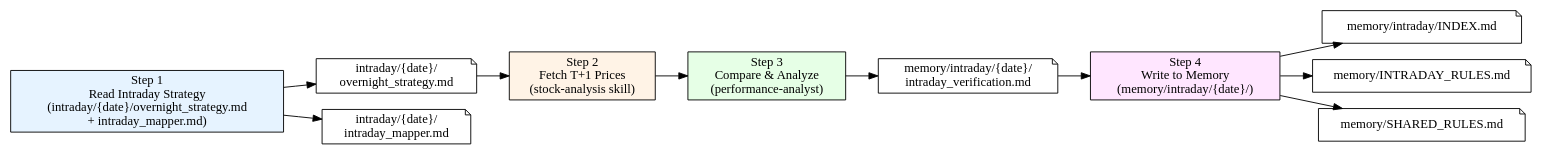
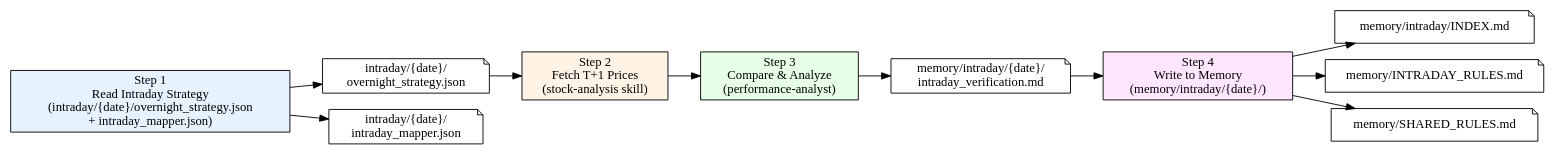
The diagram in .opencode/skills/intraday-trading-review/SKILL.md (mysll/ashare-pilot), drawn with Graphviz before and after one commit. The commit also changed other lines of this file and 12 other files, not shown here.

````diff
--- a/.opencode/skills/intraday-trading-review/SKILL.md
+++ b/.opencode/skills/intraday-trading-review/SKILL.md
@@ -12,28 +12,28 @@
 ```dot
 digraph workflow {
     rankdir=LR;
     node [shape=box];
 
-    "Step 1: Read Strategy" [label="Step 1\nRead Intraday Strategy\n(intraday/{date}/overnight_strategy.md\n+ intraday_mapper.md)", style=filled, fillcolor="#e6f3ff"];
+    "Step 1: Read Strategy" [label="Step 1\nRead Intraday Strategy\n(intraday/{date}/overnight_strategy.json\n+ intraday_mapper.json)", style=filled, fillcolor="#e6f3ff"];
     "Step 2: Fetch Actuals" [label="Step 2\nFetch T+1 Prices\n(stock-analysis skill)", style=filled, fillcolor="#fff3e6"];
     "Step 3: Compare & Analyze" [label="Step 3\nCompare & Analyze\n(performance-analyst)", style=filled, fillcolor="#e6ffe6"];
     "Step 4: Write Memory" [label="Step 4\nWrite to Memory\n(memory/intraday/{date}/)", style=filled, fillcolor="#ffe6ff"];
 
-    "intraday/{date}/\novernight_strategy.md" [shape=note];
-    "intraday/{date}/\nintraday_mapper.md" [shape=note];
+    "intraday/{date}/\novernight_strategy.json" [shape=note];
+    "intraday/{date}/\nintraday_mapper.json" [shape=note];
     "memory/intraday/{date}/\nintraday_verification.md" [shape=note];
     "memory/intraday/INDEX.md" [shape=note];
     "memory/INTRADAY_RULES.md" [shape=note];
     "memory/SHARED_RULES.md" [shape=note];
 
-    "Step 1: Read Strategy" -> "intraday/{date}/\novernight_strategy.md";
-    "Step 1: Read Strategy" -> "intraday/{date}/\nintraday_mapper.md";
-    "intraday/{date}/\novernight_strategy.md" -> "Step 2: Fetch Actuals";
+    "Step 1: Read Strategy" -> "intraday/{date}/\novernight_strategy.json";
+    "Step 1: Read Strategy" -> "intraday/{date}/\nintraday_mapper.json";
+    "intraday/{date}/\novernight_strategy.json" -> "Step 2: Fetch Actuals";
     "Step 2: Fetch Actuals" -> "Step 3: Compare & Analyze";
     "Step 3: Compare & Analyze" -> "memory/intraday/{date}/\nintraday_verification.md";
     "memory/intraday/{date}/\nintraday_verification.md" -> "Step 4: Write Memory";
     "Step 4: Write Memory" -> "memory/intraday/INDEX.md";
     "Step 4: Write Memory" -> "memory/INTRADAY_RULES.md";
     "Step 4: Write Memory" -> "memory/SHARED_RULES.md";
 }
 ```
````
